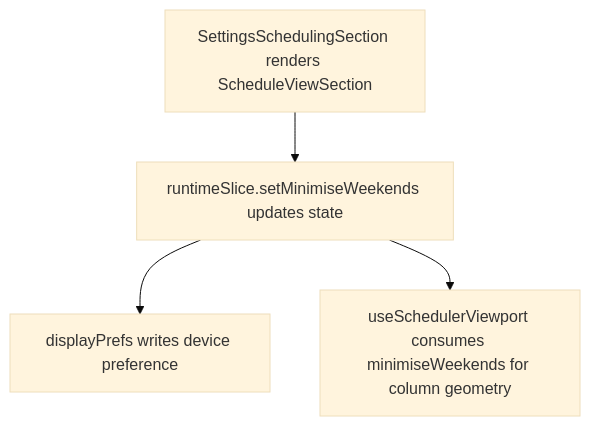
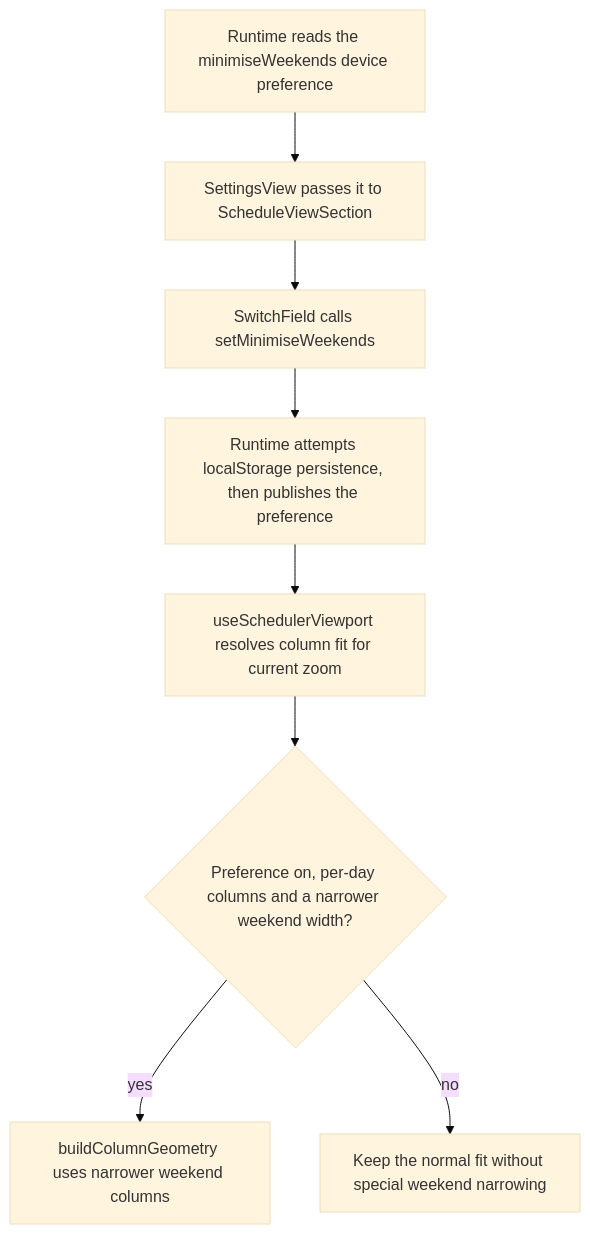
The second of 2 diagrams in user-stories/settings/US-SET-05-minimise-weekends.md (Kevinjohn/capacitylens), drawn with Mermaid (base theme) before and after one commit. The commit also changed other lines of this file and 172 other files, not shown here.

Commit message:
docs: reconcile user story code flows with source

````diff
--- a/user-stories/settings/US-SET-05-minimise-weekends.md
+++ b/user-stories/settings/US-SET-05-minimise-weekends.md
@@ -27,6 +27,10 @@
 ```mermaid
 flowchart TD
-  view["SettingsSchedulingSection renders ScheduleViewSection"] --> setter["runtimeSlice.setMinimiseWeekends updates state"]
-  setter --> pref["displayPrefs writes device preference"]
-  setter --> viewport["useSchedulerViewport consumes minimiseWeekends for column geometry"]
+  read["Runtime reads the minimiseWeekends device preference"] --> view["SettingsView passes it to ScheduleViewSection"]
+  view --> setter["SwitchField calls setMinimiseWeekends"]
+  setter --> pref["Runtime attempts localStorage persistence, then publishes the preference"]
+  pref --> viewport["useSchedulerViewport resolves column fit for current zoom"]
+  viewport --> branch{"Preference on, per-day columns and a narrower weekend width?"}
+  branch -->|yes| narrow["buildColumnGeometry uses narrower weekend columns"]
+  branch -->|no| uniform["Keep the normal fit without special weekend narrowing"]
 ```
````
